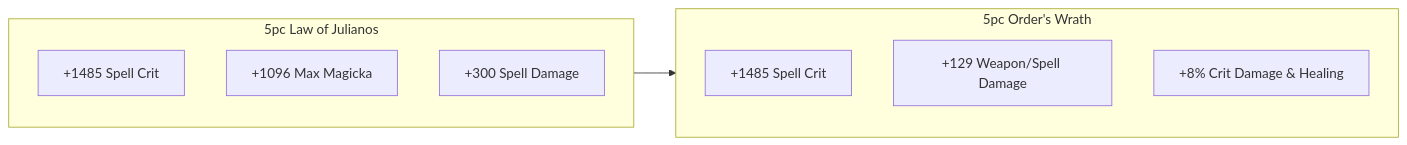
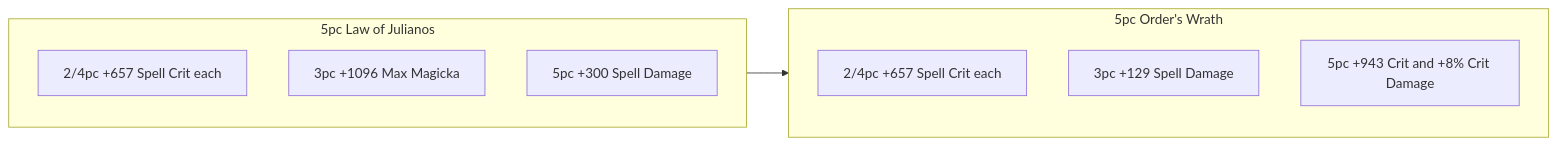
The third of 3 diagrams in examples/solaegis/na/pelatiah_plan.md (solaegis/CharacterMarkdown), drawn with Mermaid before and after one commit. The commit also changed other lines of this file and 20 other files, not shown here.

````diff
--- a/examples/solaegis/na/pelatiah_plan.md
+++ b/examples/solaegis/na/pelatiah_plan.md
@@ -180,14 +195,14 @@
 ```mermaid
 graph LR
     subgraph Julianos ["5pc Law of Julianos"]
-        J1["+1485 Spell Crit"]
-        J2["+1096 Max Magicka"]
-        J3["+300 Spell Damage"]
+        J1["2/4pc +657 Spell Crit each"]
+        J2["3pc +1096 Max Magicka"]
+        J3["5pc +300 Spell Damage"]
     end
     subgraph OrdersWrath ["5pc Order's Wrath"]
-        O1["+1485 Spell Crit"]
-        O2["+129 Weapon/Spell Damage"]
-        O3["+8% Crit Damage & Healing"]
+        O1["2/4pc +657 Spell Crit each"]
+        O2["3pc +129 Spell Damage"]
+        O3["5pc +943 Crit and +8% Crit Damage"]
     end
     Julianos --> OrdersWrath
 ```
````
